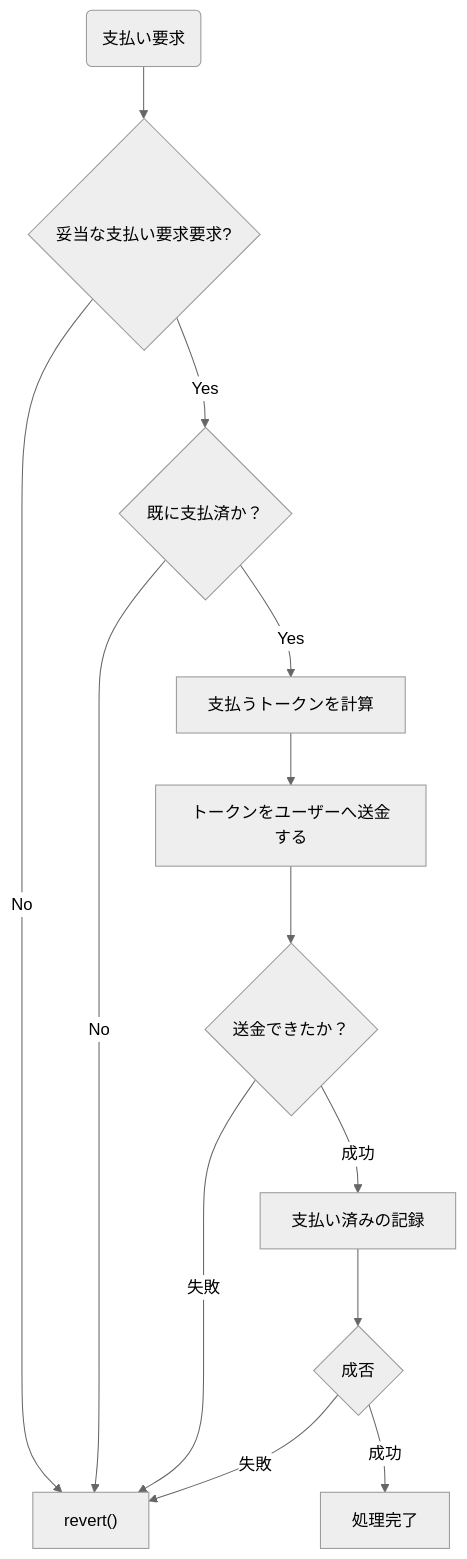
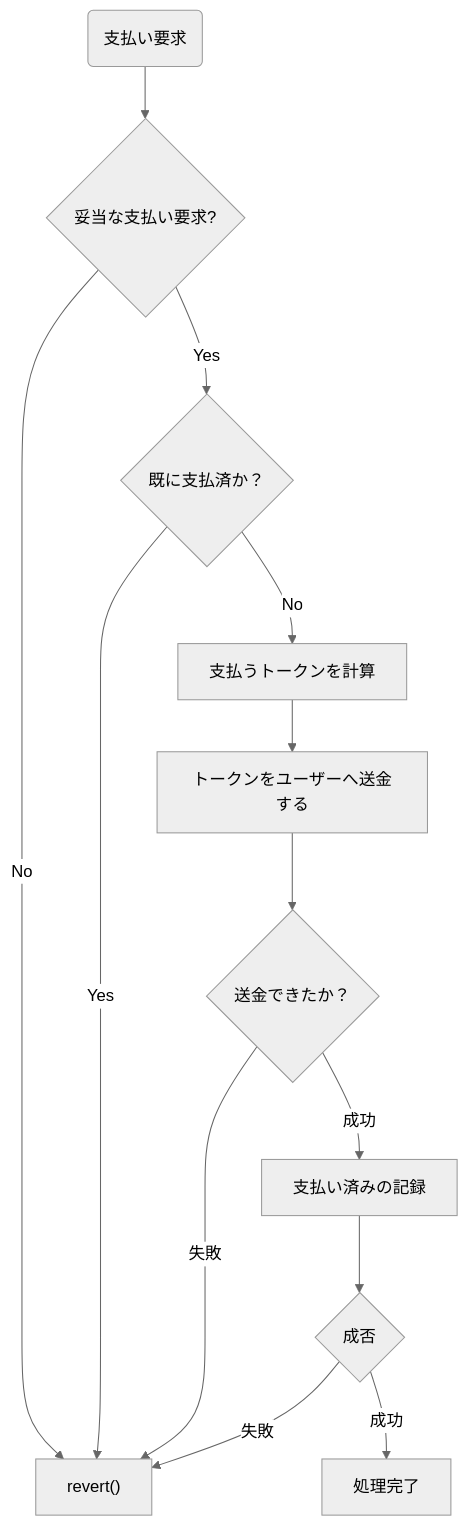
Before and after one commit to godappslab/token-transfer: the diagram in docs/flowchart/token-transfer.mmd, drawn with Mermaid (neutral theme). The commit also changed 1 other file, not shown here.

Commit message:
Fixed error mistake in flowchart

```diff
--- a/docs/flowchart/token-transfer.mmd
+++ b/docs/flowchart/token-transfer.mmd
@@ -1,19 +1,19 @@
 graph TD
 start(支払い要求)
-start --> 要求チェック{妥当な支払い要求要求?}
+start --> 要求チェック{妥当な支払い要求?}
 要求チェック -->|No| revert["revert()"]
 要求チェック -->|Yes| 支払い済みチェック{"既に支払済か？"}
 
-支払い済みチェック -->|No| revert
-支払い済みチェック -->|Yes| 換算[支払うトークンを計算]
+支払い済みチェック -->|Yes| revert
+支払い済みチェック -->|No| 換算[支払うトークンを計算]
 
 換算 --> 送金[トークンをユーザーへ送金する]
 送金 --> 送金成否{"送金できたか？"}
 
 送金成否 -->|失敗| revert
 送金成否 -->|成功| 支払記録[支払い済みの記録]
 
 支払記録 --> 記録成否{成否}
 
 記録成否 -->|失敗| revert
 記録成否 -->|成功| finish[処理完了]
```
